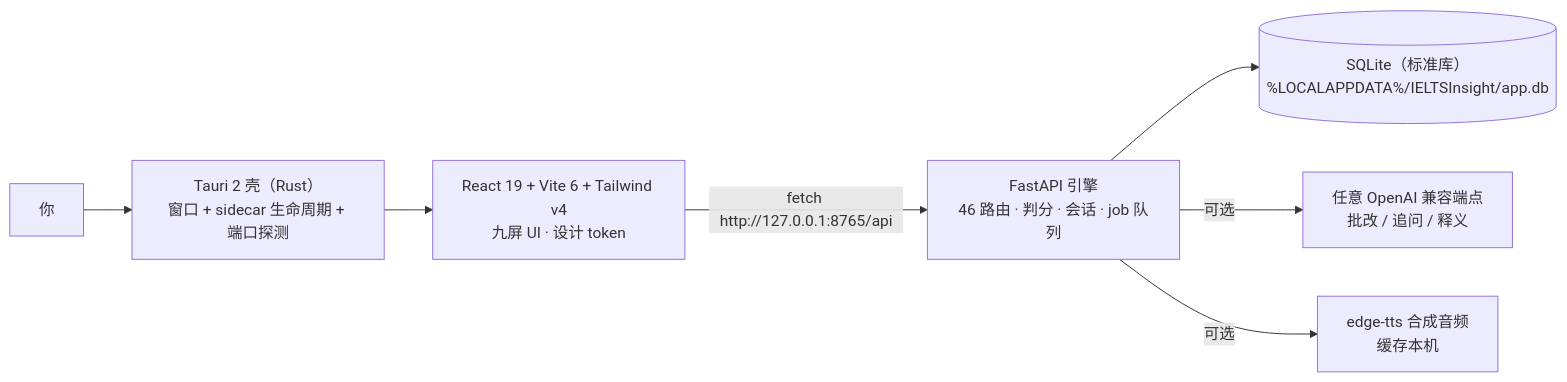
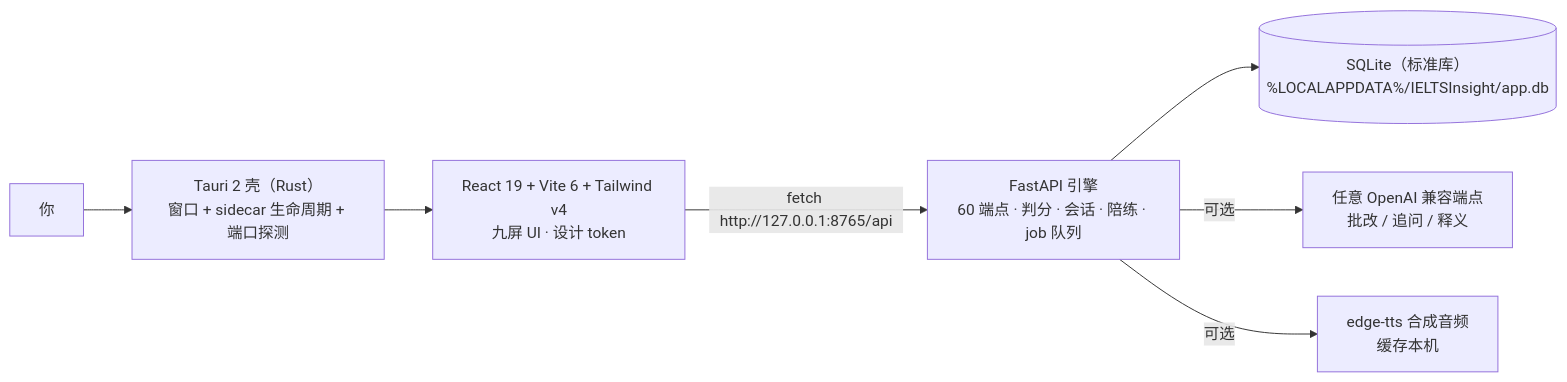
Before and after one commit to kedamano/IELTS-Insight: the diagram in README.md, drawn with Mermaid. The commit also changed other lines of this file and 82 other files, not shown here.

````diff
--- a/README.md
+++ b/README.md
@@ -110,9 +139,9 @@
 ```mermaid
 graph LR
   U["你"] --> W["Tauri 2 壳（Rust）<br/>窗口 + sidecar 生命周期 + 端口探测"]
   W --> F["React 19 + Vite 6 + Tailwind v4<br/>九屏 UI · 设计 token"]
-  F -->|"fetch http://127.0.0.1:8765/api"| B["FastAPI 引擎<br/>46 路由 · 判分 · 会话 · job 队列"]
+  F -->|"fetch http://127.0.0.1:8765/api"| B["FastAPI 引擎<br/>60 端点 · 判分 · 会话 · 陪练 · job 队列"]
   B --> D[("SQLite（标准库）<br/>%LOCALAPPDATA%/IELTSInsight/app.db")]
   B -->|可选| L["任意 OpenAI 兼容端点<br/>批改 / 追问 / 释义"]
   B -->|可选| T["edge-tts 合成音频<br/>缓存本机"]
 ```
````
